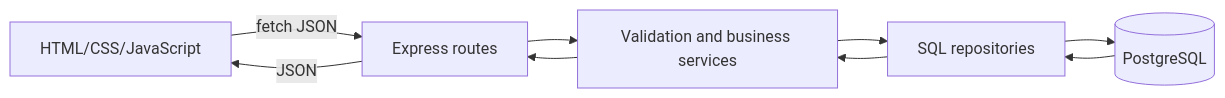
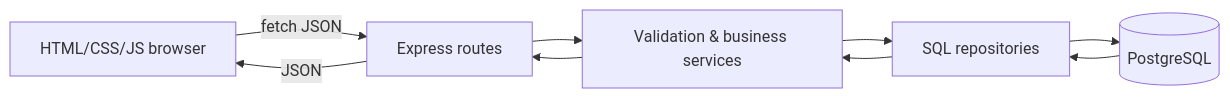
Before and after one commit to Frannaaa/slotdrop-gc2: the diagram in docs/system.md, drawn with Mermaid. The commit also changed other lines of this file, not shown here.

````diff
--- a/docs/system.md
+++ b/docs/system.md
@@ -3,11 +5,11 @@
 ```mermaid
 flowchart LR
-  Browser[HTML/CSS/JavaScript] -->|fetch JSON| API[Express routes]
-  API --> Services[Validation and business services]
-  Services --> Data[SQL repositories]
-  Data --> DB[(PostgreSQL)]
-  DB --> Data
-  Data --> Services
-  Services --> API
+  Browser[HTML/CSS/JS browser] -->|fetch JSON| API[Express routes]
+  API --> Validation[Validation & business services]
+  Validation --> Repo[SQL repositories]
+  Repo --> DB[(PostgreSQL)]
+  DB --> Repo
+  Repo --> Validation
+  Validation --> API
   API -->|JSON| Browser
 ```
````
